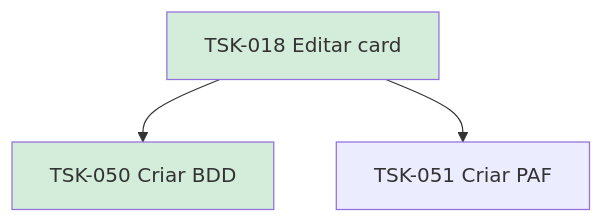
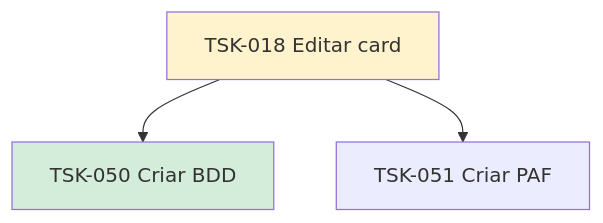
Before and after one commit to laerciogermano/workstation: the diagram in flow/tasks/TSK-001-criar-epico/TSK-002-criar-as-historias/TSK-004-board/TSK-018-editar-card/README.md, drawn with Mermaid. The commit also changed other lines of this file and 53 other files, not shown here.

````diff
--- a/flow/tasks/TSK-001-criar-epico/TSK-002-criar-as-historias/TSK-004-board/TSK-018-editar-card/README.md
+++ b/flow/tasks/TSK-001-criar-epico/TSK-002-criar-as-historias/TSK-004-board/TSK-018-editar-card/README.md
@@ -12,10 +12,10 @@
 ```mermaid
 flowchart TD
   T018[TSK-018 Editar card]
   T050[TSK-050 Criar BDD]
   T051[TSK-051 Criar PAF]
   T018 --> T050
   T018 --> T051
-  style T018 fill:#d4edda
+  style T018 fill:#fff3cd
   style T050 fill:#d4edda
 ```
````
